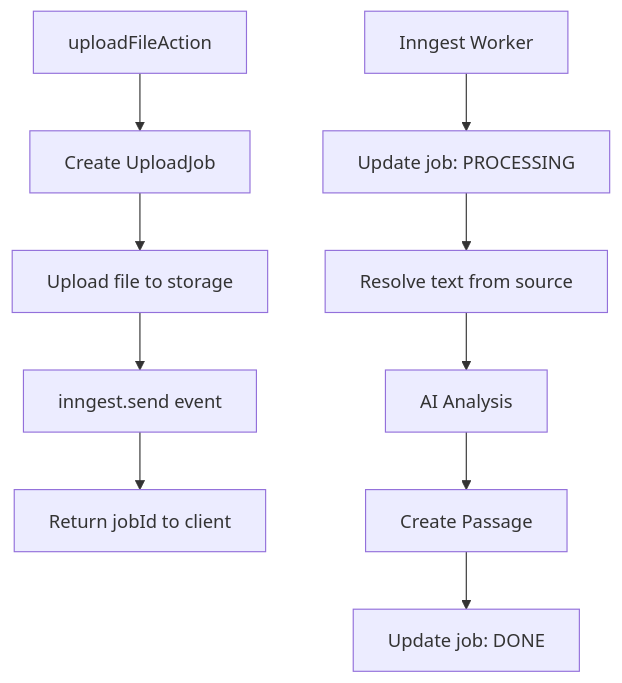
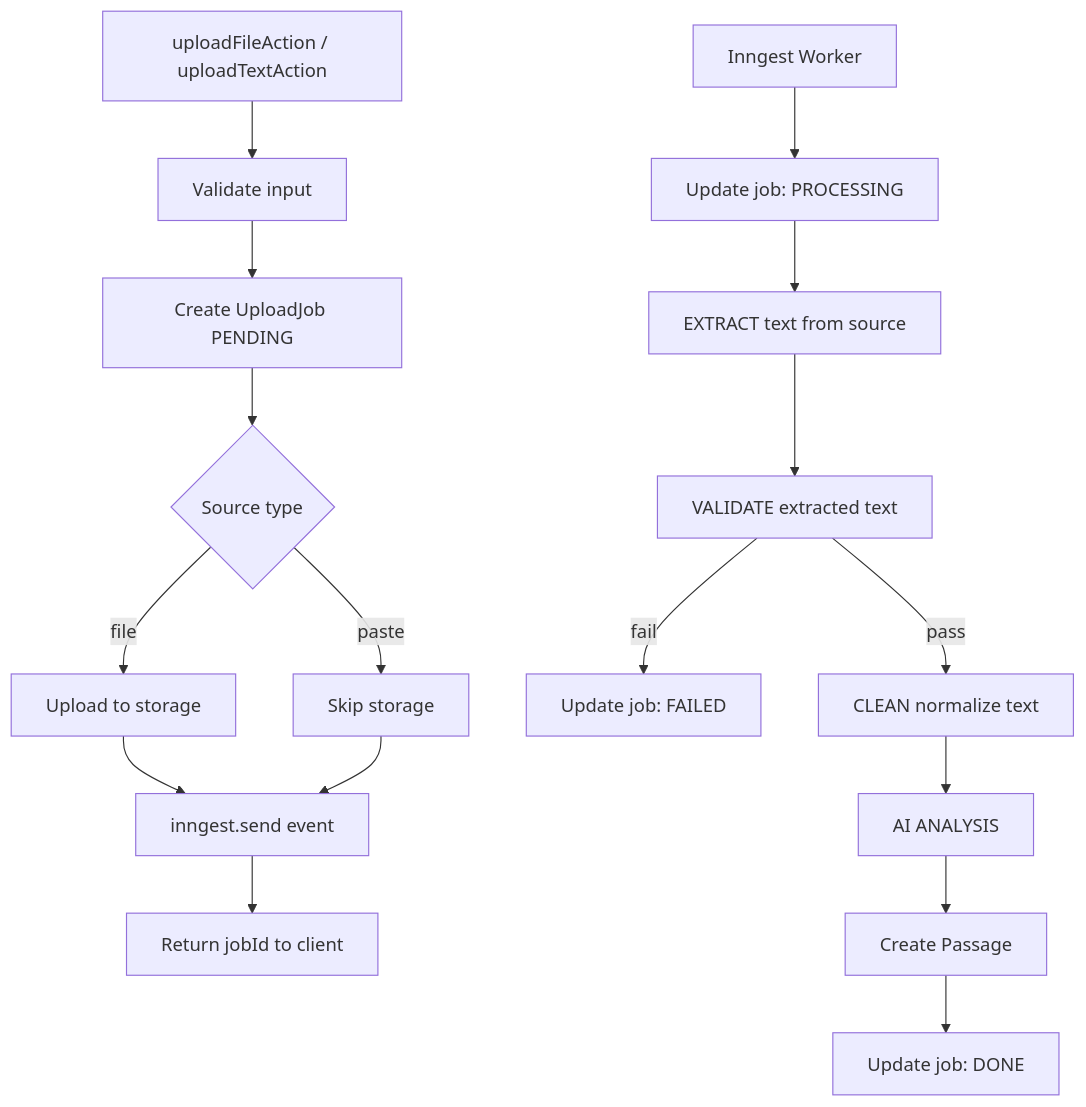
One commit to BoneTheDeveloper/ReadingPro changed the diagram in docs/Flow/upload/upload-data-flow.md. Above: the diagram before and after it, drawn with Mermaid. The commit also changed other lines of this file and 10 other files, not shown here.

````diff
--- a/docs/Flow/upload/upload-data-flow.md
+++ b/docs/Flow/upload/upload-data-flow.md
@@ -11,13 +14,20 @@
 ```mermaid
 flowchart TD
-    A[uploadFileAction] --> B[Create UploadJob]
-    B --> C[Upload file to storage]
-    C --> D[inngest.send event]
-    D --> E[Return jobId to client]
+    A[uploadFileAction / uploadTextAction] --> B[Validate input]
+    B --> C[Create UploadJob PENDING]
+    C --> D{Source type}
+    D -->|file| E[Upload to storage]
+    D -->|paste| F[Skip storage]
+    E --> G[inngest.send event]
+    F --> G
+    G --> H[Return jobId to client]
 
-    F[Inngest Worker] --> G[Update job: PROCESSING]
-    G --> H[Resolve text from source]
-    H --> I[AI Analysis]
-    I --> J[Create Passage]
-    J --> K[Update job: DONE]
+    I[Inngest Worker] --> J[Update job: PROCESSING]
+    J --> K[EXTRACT text from source]
+    K --> L[VALIDATE extracted text]
+    L -->|fail| M[Update job: FAILED]
+    L -->|pass| N[CLEAN normalize text]
+    N --> O[AI ANALYSIS]
+    O --> P[Create Passage]
+    P --> Q[Update job: DONE]
 ```
````
